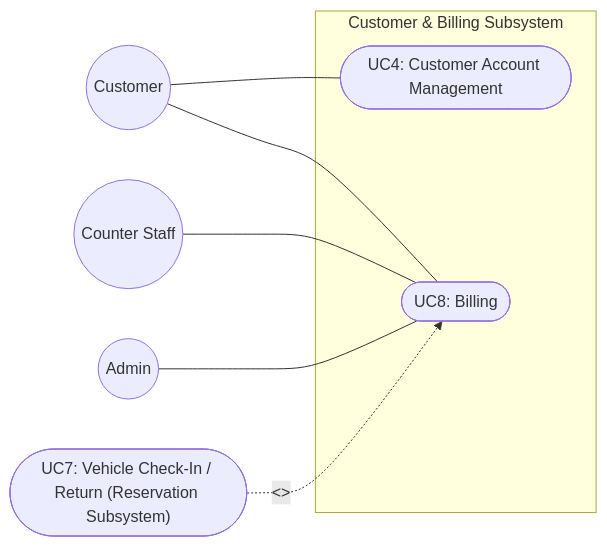
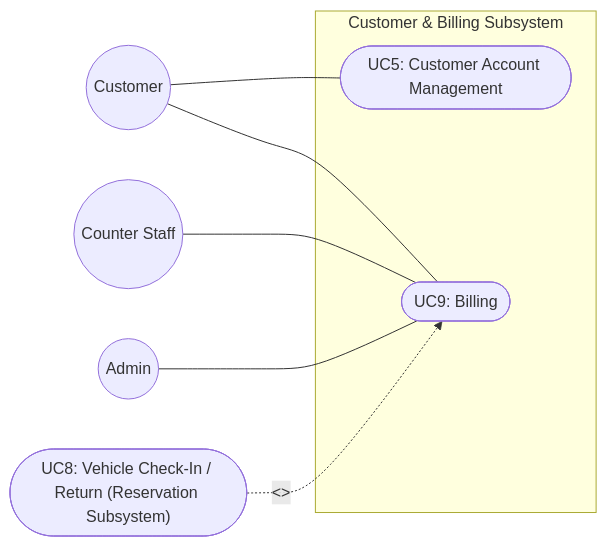
Before and after one commit to magicmarie/RentaCar: the fourth of 4 diagrams in UseCaseDescription_RentaCar.md, drawn with Mermaid. The commit also changed other lines of this file and 1 other file, not shown here.

````diff
--- a/UseCaseDescription_RentaCar.md
+++ b/UseCaseDescription_RentaCar.md
@@ -85,16 +102,16 @@
 ```mermaid
 flowchart LR
     Customer((Customer))
     Staff((Counter Staff))
     Admin3((Admin))
-    UC7ext(["UC7: Vehicle Check-In / Return (Reservation Subsystem)"])
+    UC8ext(["UC8: Vehicle Check-In / Return (Reservation Subsystem)"])
     subgraph CustBilling["Customer & Billing Subsystem"]
-        UC4([UC4: Customer Account Management])
-        UC8([UC8: Billing])
+        UC5([UC5: Customer Account Management])
+        UC9([UC9: Billing])
     end
-    Customer --- UC4
-    Customer --- UC8
-    Staff --- UC8
-    Admin3 --- UC8
-    UC7ext -. "<<include>>" .-> UC8
+    Customer --- UC5
+    Customer --- UC9
+    Staff --- UC9
+    Admin3 --- UC9
+    UC8ext -. "<<include>>" .-> UC9
 ```
````
